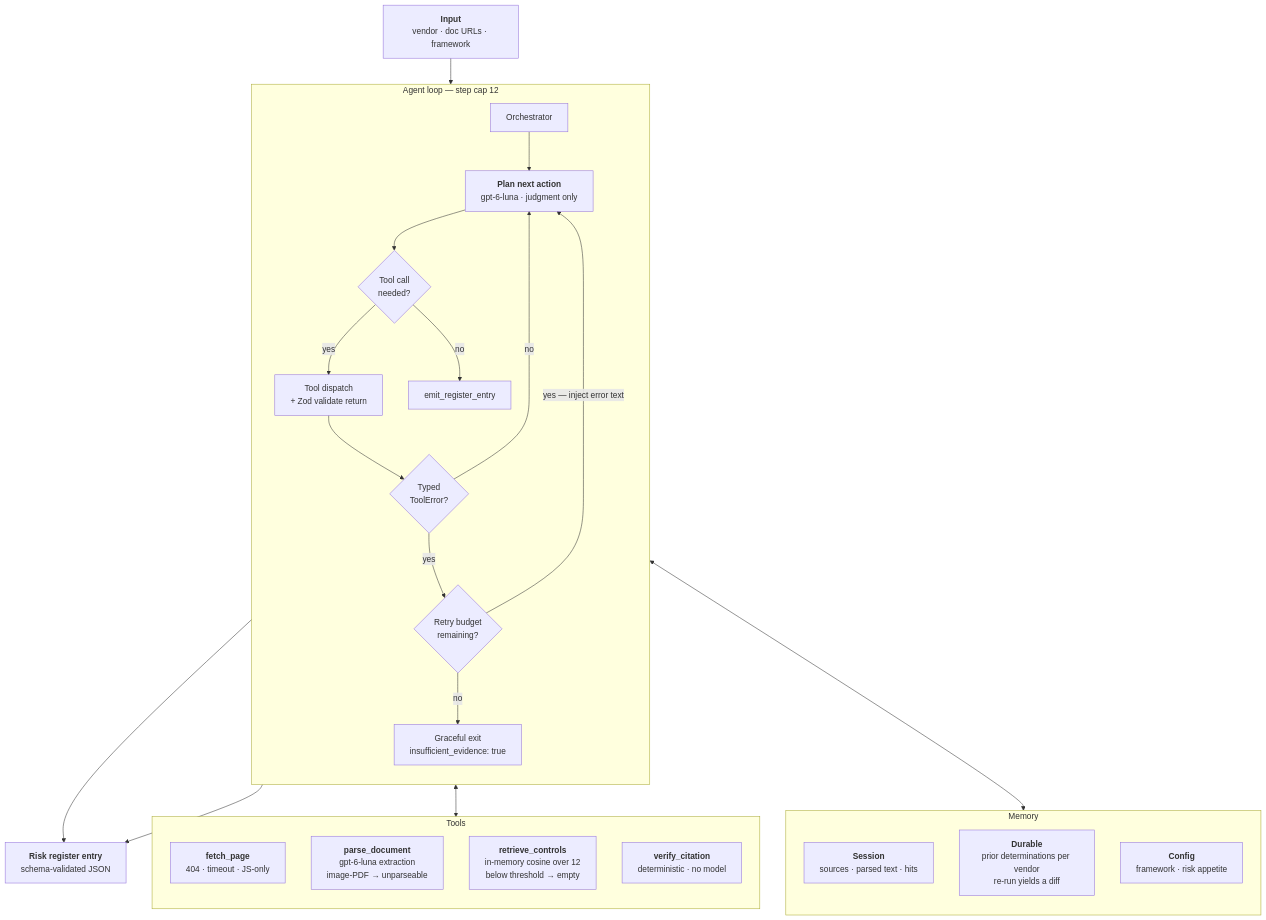
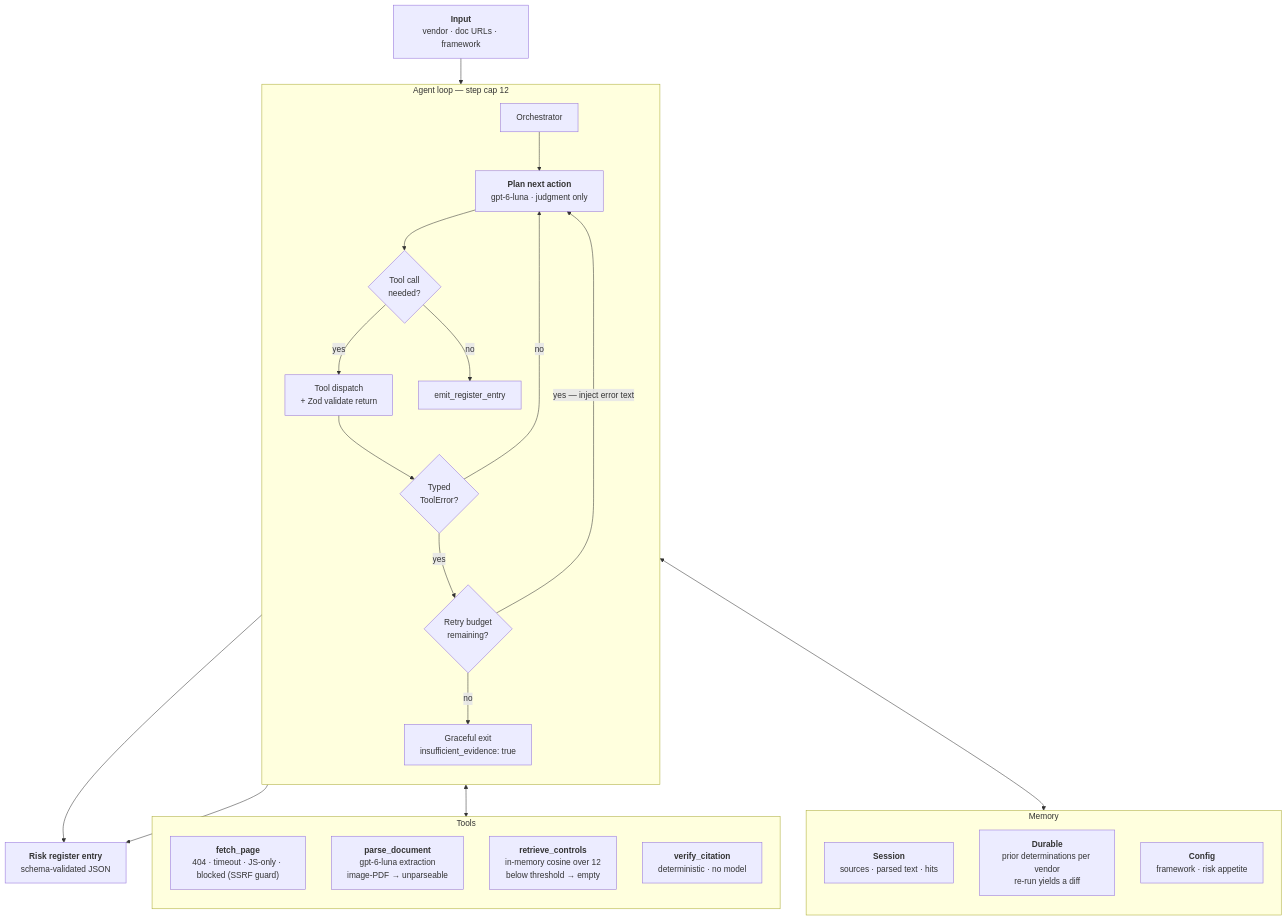
One commit to cwscott2/sentinel-triage changed the diagram in README.md. Above: the diagram before and after it, drawn with Mermaid. The commit also changed 4 other files, not shown here.

First line of the commit message:
fix(security): SSRF guard for fetch_page and parse_document

````diff
--- a/README.md
+++ b/README.md
@@ -53,38 +53,38 @@
 ```mermaid
 flowchart TB
     IN["<b>Input</b><br/>vendor · doc URLs · framework"] --> ORCH
 
     subgraph LOOP["Agent loop — step cap 12"]
       direction TB
       ORCH["Orchestrator"] --> PLAN["<b>Plan next action</b><br/>gpt-6-luna · judgment only"]
       PLAN --> DEC{"Tool call<br/>needed?"}
       DEC -->|yes| DISPATCH["Tool dispatch<br/>+ Zod validate return"]
       DISPATCH --> ERRQ{"Typed<br/>ToolError?"}
       ERRQ -->|no| PLAN
       ERRQ -->|yes| RETRY{"Retry budget<br/>remaining?"}
       RETRY -->|"yes — inject error text"| PLAN
       RETRY -->|no| EXIT
       DEC -->|no| EMIT["emit_register_entry"]
     end
 
     subgraph TOOLS["Tools"]
       direction TB
-      T1["<b>fetch_page</b><br/>404 · timeout · JS-only"]
+      T1["<b>fetch_page</b><br/>404 · timeout · JS-only · blocked (SSRF guard)"]
       T2["<b>parse_document</b><br/>gpt-6-luna extraction<br/>image-PDF → unparseable"]
       T3["<b>retrieve_controls</b><br/>in-memory cosine over 12<br/>below threshold → empty"]
       T4["<b>verify_citation</b><br/>deterministic · no model"]
     end
 
     subgraph MEM["Memory"]
       direction TB
       M1["<b>Session</b><br/>sources · parsed text · hits"]
       M2["<b>Durable</b><br/>prior determinations per vendor<br/>re-run yields a diff"]
       M3["<b>Config</b><br/>framework · risk appetite"]
     end
 
     DISPATCH <--> TOOLS
     LOOP <--> MEM
 
     EMIT --> OUT["<b>Risk register entry</b><br/>schema-validated JSON"]
     EXIT["Graceful exit<br/>insufficient_evidence: true"] --> OUT
 ```
````
